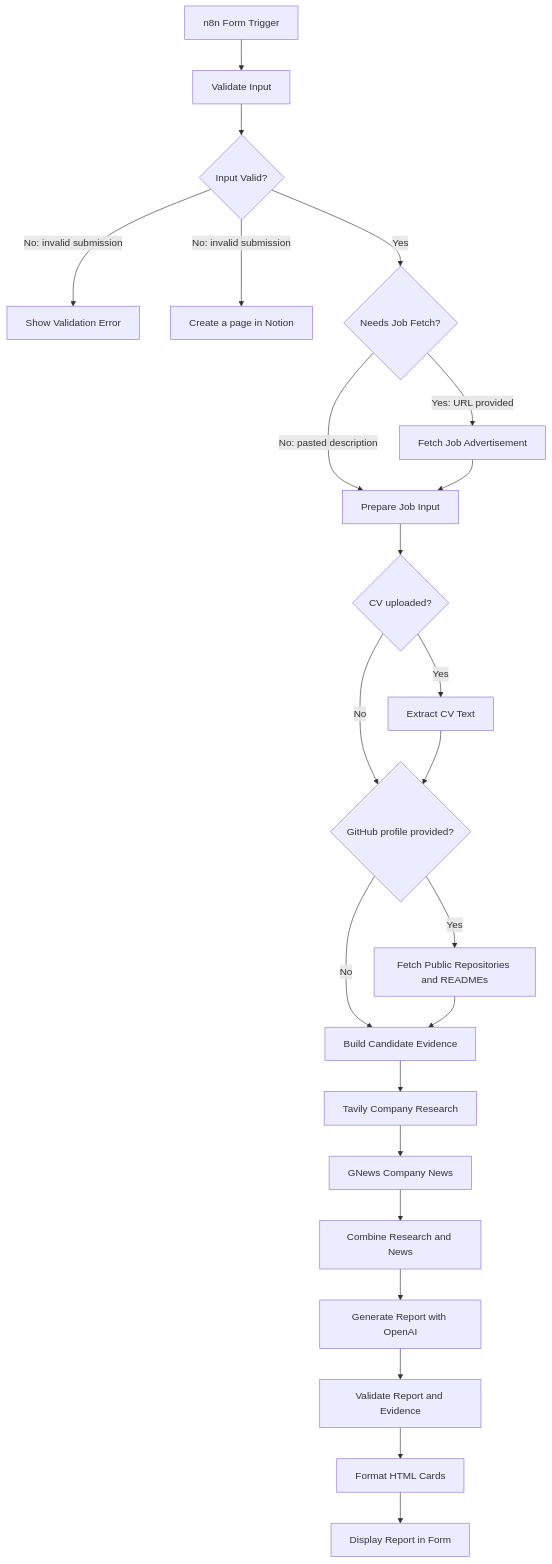
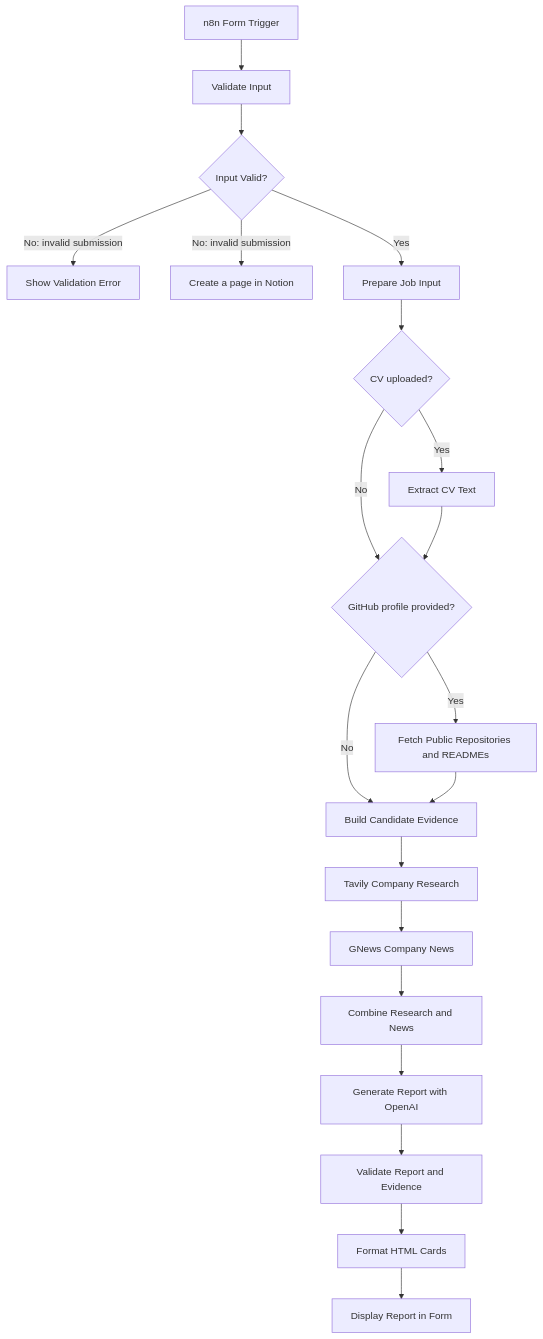
The diagram in README.md (antunesjulia/project-3-interview-prep-report), drawn with Mermaid before and after one commit. The commit also changed other lines of this file and 4 other files, not shown here.

````diff
--- a/README.md
+++ b/README.md
@@ -96,25 +96,22 @@
 ```mermaid
 flowchart TD
     A[n8n Form Trigger] --> B[Validate Input]
     B --> C{Input Valid?}
     C -->|No: invalid submission| D[Show Validation Error]
     C -->|No: invalid submission| E[Create a page in Notion]
-    C -->|Yes| F{Needs Job Fetch?}
-    F -->|Yes: URL provided| G[Fetch Job Advertisement]
-    F -->|No: pasted description| H[Prepare Job Input]
-    G --> H
-    H --> I{CV uploaded?}
-    I -->|Yes| J[Extract CV Text]
-    I -->|No| K{GitHub profile provided?}
+    C -->|Yes| F[Prepare Job Input]
+    F --> G{CV uploaded?}
+    G -->|Yes| H[Extract CV Text]
+    G -->|No| I{GitHub profile provided?}
+    H --> I
+    I -->|Yes| J[Fetch Public Repositories and READMEs]
+    I -->|No| K[Build Candidate Evidence]
     J --> K
-    K -->|Yes| L[Fetch Public Repositories and READMEs]
-    K -->|No| M[Build Candidate Evidence]
-    L --> M
-    M --> N[Tavily Company Research]
-    N --> O[GNews Company News]
-    O --> P[Combine Research and News]
-    P --> Q[Generate Report with OpenAI]
-    Q --> R[Validate Report and Evidence]
-    R --> S[Format HTML Cards]
-    S --> T[Display Report in Form]
+    K --> L[Tavily Company Research]
+    L --> M[GNews Company News]
+    M --> N[Combine Research and News]
+    N --> O[Generate Report with OpenAI]
+    O --> P[Validate Report and Evidence]
+    P --> Q[Format HTML Cards]
+    Q --> R[Display Report in Form]
 ```
````
